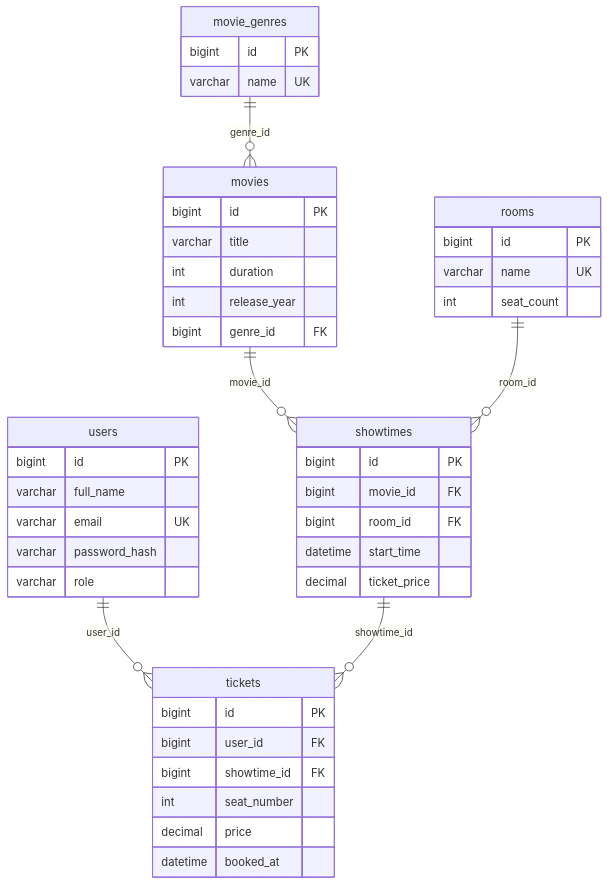
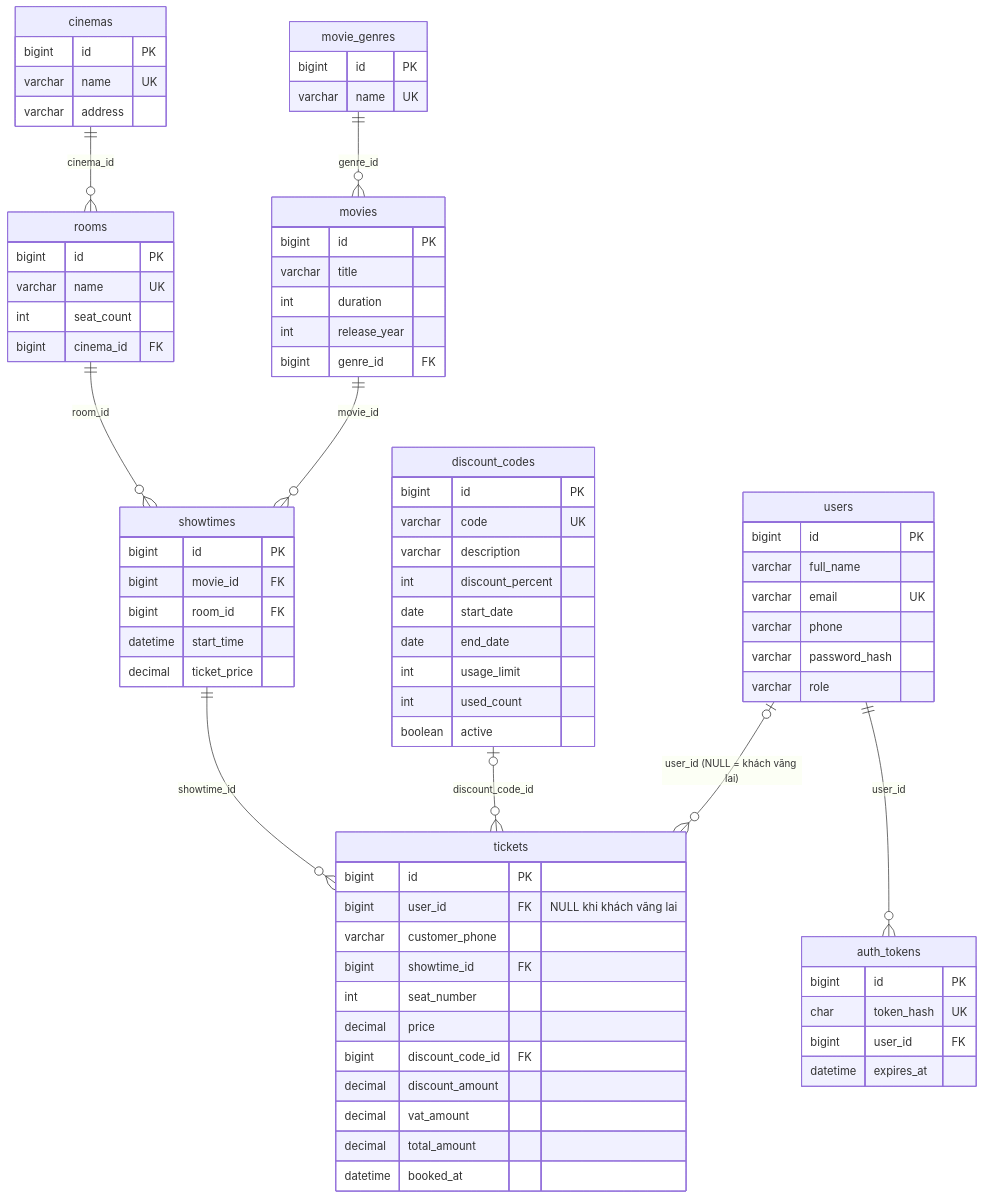
One commit to hoangnam714/MovieStore changed the diagram in movie.store/docs/ERD.md. Above: the diagram before and after it, drawn with Mermaid. The commit also changed other lines of this file and 102 other files, not shown here.

First line of the commit message:
feat: add guest booking, discounts, VAT, token auth and account flows

````diff
--- a/movie.store/docs/ERD.md
+++ b/movie.store/docs/ERD.md
@@ -3,47 +3,79 @@
 ```mermaid
 erDiagram
     movie_genres ||--o{ movies : "genre_id"
     movies ||--o{ showtimes : "movie_id"
+    cinemas ||--o{ rooms : "cinema_id"
     rooms ||--o{ showtimes : "room_id"
-    users ||--o{ tickets : "user_id"
+    users |o--o{ tickets : "user_id (NULL = khách vãng lai)"
+    users ||--o{ auth_tokens : "user_id"
+    discount_codes |o--o{ tickets : "discount_code_id"
     showtimes ||--o{ tickets : "showtime_id"
 
     movie_genres {
         bigint id PK
         varchar name UK
     }
     movies {
         bigint id PK
         varchar title
         int duration
         int release_year
         bigint genre_id FK
     }
     users {
         bigint id PK
         varchar full_name
         varchar email UK
+        varchar phone
         varchar password_hash
         varchar role
+    }
+    cinemas {
+        bigint id PK
+        varchar name UK
+        varchar address
     }
     rooms {
         bigint id PK
         varchar name UK
         int seat_count
+        bigint cinema_id FK
     }
     showtimes {
         bigint id PK
         bigint movie_id FK
         bigint room_id FK
         datetime start_time
         decimal ticket_price
     }
+    auth_tokens {
+        bigint id PK
+        char token_hash UK
+        bigint user_id FK
+        datetime expires_at
+    }
+    discount_codes {
+        bigint id PK
+        varchar code UK
+        varchar description
+        int discount_percent
+        date start_date
+        date end_date
+        int usage_limit
+        int used_count
+        boolean active
+    }
     tickets {
         bigint id PK
-        bigint user_id FK
+        bigint user_id FK "NULL khi khách vãng lai"
+        varchar customer_phone
         bigint showtime_id FK
         int seat_number
         decimal price
+        bigint discount_code_id FK
+        decimal discount_amount
+        decimal vat_amount
+        decimal total_amount
         datetime booked_at
     }
 ```
````
